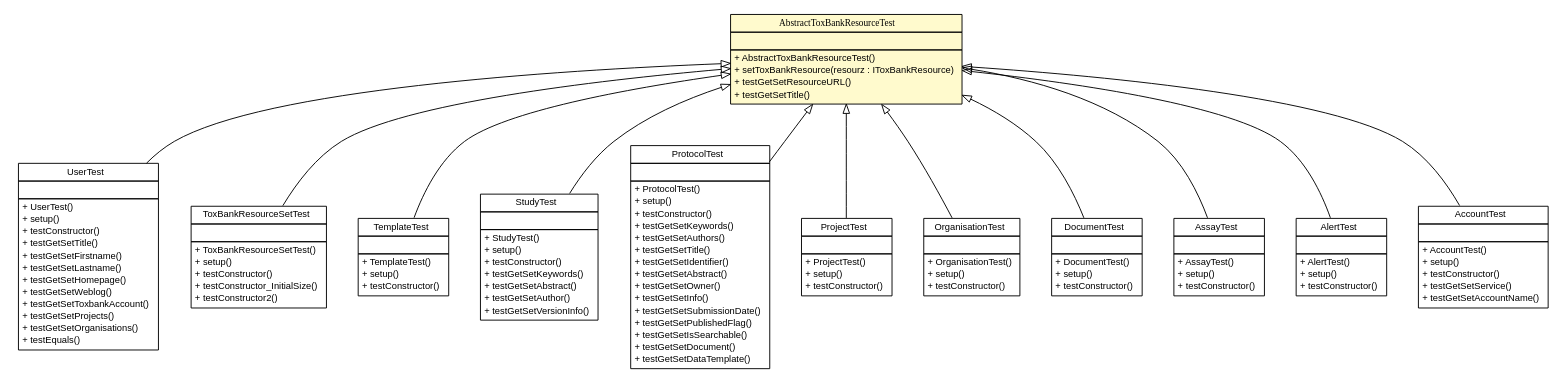
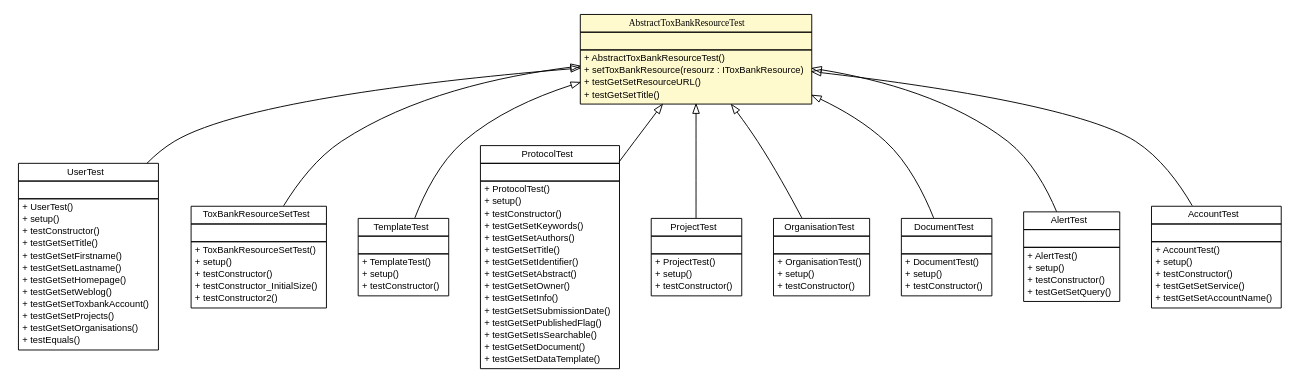
The diagram in testapidocs/net/toxbank/client/resource/AbstractToxBankResourceTest.dot (ToxBank/toxbank-api-beans), drawn with Graphviz before and after one commit. The commit also changed 536 other files, not shown here.

```diff
--- a/testapidocs/net/toxbank/client/resource/AbstractToxBankResourceTest.dot
+++ b/testapidocs/net/toxbank/client/resource/AbstractToxBankResourceTest.dot
@@ -8,7 +8,7 @@
 	edge [fontname="arial",fontsize=10,labelfontname="arial",labelfontsize=10];
 	node [fontname="arial",fontsize=10,shape=plaintext];
 	// net.toxbank.client.resource.UserTest
-	c586 [label=<<table border="0" cellborder="1" cellspacing="0" cellpadding="2" port="p" href="./UserTest.html">
+	c450 [label=<<table border="0" cellborder="1" cellspacing="0" cellpadding="2" port="p" href="./UserTest.html">
 		<tr><td><table border="0" cellspacing="0" cellpadding="1">
 			<tr><td> UserTest </td></tr>
 		</table></td></tr>
@@ -31,7 +31,7 @@
 		</table></td></tr>
 		</table>>, fontname="arial", fontcolor="black", fontsize=10.0];
 	// net.toxbank.client.resource.ToxBankResourceSetTest
-	c587 [label=<<table border="0" cellborder="1" cellspacing="0" cellpadding="2" port="p" href="./ToxBankResourceSetTest.html">
+	c451 [label=<<table border="0" cellborder="1" cellspacing="0" cellpadding="2" port="p" href="./ToxBankResourceSetTest.html">
 		<tr><td><table border="0" cellspacing="0" cellpadding="1">
 			<tr><td> ToxBankResourceSetTest </td></tr>
 		</table></td></tr>
@@ -47,7 +47,7 @@
 		</table></td></tr>
 		</table>>, fontname="arial", fontcolor="black", fontsize=10.0];
 	// net.toxbank.client.resource.TemplateTest
-	c588 [label=<<table border="0" cellborder="1" cellspacing="0" cellpadding="2" port="p" href="./TemplateTest.html">
+	c452 [label=<<table border="0" cellborder="1" cellspacing="0" cellpadding="2" port="p" href="./TemplateTest.html">
 		<tr><td><table border="0" cellspacing="0" cellpadding="1">
 			<tr><td> TemplateTest </td></tr>
 		</table></td></tr>
@@ -60,26 +60,8 @@
 			<tr><td align="left"> + testConstructor() </td></tr>
 		</table></td></tr>
 		</table>>, fontname="arial", fontcolor="black", fontsize=10.0];
-	// net.toxbank.client.resource.StudyTest
-	c589 [label=<<table border="0" cellborder="1" cellspacing="0" cellpadding="2" port="p" href="./StudyTest.html">
-		<tr><td><table border="0" cellspacing="0" cellpadding="1">
-			<tr><td> StudyTest </td></tr>
-		</table></td></tr>
-		<tr><td><table border="0" cellspacing="0" cellpadding="1">
-			<tr><td align="left">  </td></tr>
-		</table></td></tr>
-		<tr><td><table border="0" cellspacing="0" cellpadding="1">
-			<tr><td align="left"> + StudyTest() </td></tr>
-			<tr><td align="left"> + setup() </td></tr>
-			<tr><td align="left"> + testConstructor() </td></tr>
-			<tr><td align="left"> + testGetSetKeywords() </td></tr>
-			<tr><td align="left"> + testGetSetAbstract() </td></tr>
-			<tr><td align="left"> + testGetSetAuthor() </td></tr>
-			<tr><td align="left"> + testGetSetVersionInfo() </td></tr>
-		</table></td></tr>
-		</table>>, fontname="arial", fontcolor="black", fontsize=10.0];
 	// net.toxbank.client.resource.ProtocolTest
-	c590 [label=<<table border="0" cellborder="1" cellspacing="0" cellpadding="2" port="p" href="./ProtocolTest.html">
+	c453 [label=<<table border="0" cellborder="1" cellspacing="0" cellpadding="2" port="p" href="./ProtocolTest.html">
 		<tr><td><table border="0" cellspacing="0" cellpadding="1">
 			<tr><td> ProtocolTest </td></tr>
 		</table></td></tr>
@@ -105,7 +87,7 @@
 		</table></td></tr>
 		</table>>, fontname="arial", fontcolor="black", fontsize=10.0];
 	// net.toxbank.client.resource.ProjectTest
-	c591 [label=<<table border="0" cellborder="1" cellspacing="0" cellpadding="2" port="p" href="./ProjectTest.html">
+	c454 [label=<<table border="0" cellborder="1" cellspacing="0" cellpadding="2" port="p" href="./ProjectTest.html">
 		<tr><td><table border="0" cellspacing="0" cellpadding="1">
 			<tr><td> ProjectTest </td></tr>
 		</table></td></tr>
@@ -119,7 +101,7 @@
 		</table></td></tr>
 		</table>>, fontname="arial", fontcolor="black", fontsize=10.0];
 	// net.toxbank.client.resource.OrganisationTest
-	c592 [label=<<table border="0" cellborder="1" cellspacing="0" cellpadding="2" port="p" href="./OrganisationTest.html">
+	c455 [label=<<table border="0" cellborder="1" cellspacing="0" cellpadding="2" port="p" href="./OrganisationTest.html">
 		<tr><td><table border="0" cellspacing="0" cellpadding="1">
 			<tr><td> OrganisationTest </td></tr>
 		</table></td></tr>
@@ -133,7 +115,7 @@
 		</table></td></tr>
 		</table>>, fontname="arial", fontcolor="black", fontsize=10.0];
 	// net.toxbank.client.resource.DocumentTest
-	c593 [label=<<table border="0" cellborder="1" cellspacing="0" cellpadding="2" port="p" href="./DocumentTest.html">
+	c456 [label=<<table border="0" cellborder="1" cellspacing="0" cellpadding="2" port="p" href="./DocumentTest.html">
 		<tr><td><table border="0" cellspacing="0" cellpadding="1">
 			<tr><td> DocumentTest </td></tr>
 		</table></td></tr>
@@ -146,22 +128,8 @@
 			<tr><td align="left"> + testConstructor() </td></tr>
 		</table></td></tr>
 		</table>>, fontname="arial", fontcolor="black", fontsize=10.0];
-	// net.toxbank.client.resource.AssayTest
-	c594 [label=<<table border="0" cellborder="1" cellspacing="0" cellpadding="2" port="p" href="./AssayTest.html">
-		<tr><td><table border="0" cellspacing="0" cellpadding="1">
-			<tr><td> AssayTest </td></tr>
-		</table></td></tr>
-		<tr><td><table border="0" cellspacing="0" cellpadding="1">
-			<tr><td align="left">  </td></tr>
-		</table></td></tr>
-		<tr><td><table border="0" cellspacing="0" cellpadding="1">
-			<tr><td align="left"> + AssayTest() </td></tr>
-			<tr><td align="left"> + setup() </td></tr>
-			<tr><td align="left"> + testConstructor() </td></tr>
-		</table></td></tr>
-		</table>>, fontname="arial", fontcolor="black", fontsize=10.0];
 	// net.toxbank.client.resource.AlertTest
-	c595 [label=<<table border="0" cellborder="1" cellspacing="0" cellpadding="2" port="p" href="./AlertTest.html">
+	c457 [label=<<table border="0" cellborder="1" cellspacing="0" cellpadding="2" port="p" href="./AlertTest.html">
 		<tr><td><table border="0" cellspacing="0" cellpadding="1">
 			<tr><td> AlertTest </td></tr>
 		</table></td></tr>
@@ -172,10 +140,11 @@
 			<tr><td align="left"> + AlertTest() </td></tr>
 			<tr><td align="left"> + setup() </td></tr>
 			<tr><td align="left"> + testConstructor() </td></tr>
+			<tr><td align="left"> + testGetSetQuery() </td></tr>
 		</table></td></tr>
 		</table>>, fontname="arial", fontcolor="black", fontsize=10.0];
 	// net.toxbank.client.resource.AccountTest
-	c596 [label=<<table border="0" cellborder="1" cellspacing="0" cellpadding="2" port="p" href="./AccountTest.html">
+	c458 [label=<<table border="0" cellborder="1" cellspacing="0" cellpadding="2" port="p" href="./AccountTest.html">
 		<tr><td><table border="0" cellspacing="0" cellpadding="1">
 			<tr><td> AccountTest </td></tr>
 		</table></td></tr>
@@ -191,7 +160,7 @@
 		</table></td></tr>
 		</table>>, fontname="arial", fontcolor="black", fontsize=10.0];
 	// net.toxbank.client.resource.AbstractToxBankResourceTest
-	c597 [label=<<table border="0" cellborder="1" cellspacing="0" cellpadding="2" port="p" bgcolor="lemonChiffon" href="./AbstractToxBankResourceTest.html">
+	c459 [label=<<table border="0" cellborder="1" cellspacing="0" cellpadding="2" port="p" bgcolor="lemonChiffon" href="./AbstractToxBankResourceTest.html">
 		<tr><td><table border="0" cellspacing="0" cellpadding="1">
 			<tr><td><font face="ariali"> AbstractToxBankResourceTest </font></td></tr>
 		</table></td></tr>
@@ -206,25 +175,21 @@
 		</table></td></tr>
 		</table>>, fontname="arial", fontcolor="black", fontsize=10.0];
 	//net.toxbank.client.resource.UserTest extends net.toxbank.client.resource.AbstractToxBankResourceTest
-	c597:p -> c586:p [dir=back,arrowtail=empty];
+	c459:p -> c450:p [dir=back,arrowtail=empty];
 	//net.toxbank.client.resource.ToxBankResourceSetTest extends net.toxbank.client.resource.AbstractToxBankResourceTest
-	c597:p -> c587:p [dir=back,arrowtail=empty];
+	c459:p -> c451:p [dir=back,arrowtail=empty];
 	//net.toxbank.client.resource.TemplateTest extends net.toxbank.client.resource.AbstractToxBankResourceTest
-	c597:p -> c588:p [dir=back,arrowtail=empty];
-	//net.toxbank.client.resource.StudyTest extends net.toxbank.client.resource.AbstractToxBankResourceTest
-	c597:p -> c589:p [dir=back,arrowtail=empty];
+	c459:p -> c452:p [dir=back,arrowtail=empty];
 	//net.toxbank.client.resource.ProtocolTest extends net.toxbank.client.resource.AbstractToxBankResourceTest
-	c597:p -> c590:p [dir=back,arrowtail=empty];
+	c459:p -> c453:p [dir=back,arrowtail=empty];
 	//net.toxbank.client.resource.ProjectTest extends net.toxbank.client.resource.AbstractToxBankResourceTest
-	c597:p -> c591:p [dir=back,arrowtail=empty];
+	c459:p -> c454:p [dir=back,arrowtail=empty];
 	//net.toxbank.client.resource.OrganisationTest extends net.toxbank.client.resource.AbstractToxBankResourceTest
-	c597:p -> c592:p [dir=back,arrowtail=empty];
+	c459:p -> c455:p [dir=back,arrowtail=empty];
 	//net.toxbank.client.resource.DocumentTest extends net.toxbank.client.resource.AbstractToxBankResourceTest
-	c597:p -> c593:p [dir=back,arrowtail=empty];
-	//net.toxbank.client.resource.AssayTest extends net.toxbank.client.resource.AbstractToxBankResourceTest
-	c597:p -> c594:p [dir=back,arrowtail=empty];
+	c459:p -> c456:p [dir=back,arrowtail=empty];
 	//net.toxbank.client.resource.AlertTest extends net.toxbank.client.resource.AbstractToxBankResourceTest
-	c597:p -> c595:p [dir=back,arrowtail=empty];
+	c459:p -> c457:p [dir=back,arrowtail=empty];
 	//net.toxbank.client.resource.AccountTest extends net.toxbank.client.resource.AbstractToxBankResourceTest
-	c597:p -> c596:p [dir=back,arrowtail=empty];
+	c459:p -> c458:p [dir=back,arrowtail=empty];
 }
```
